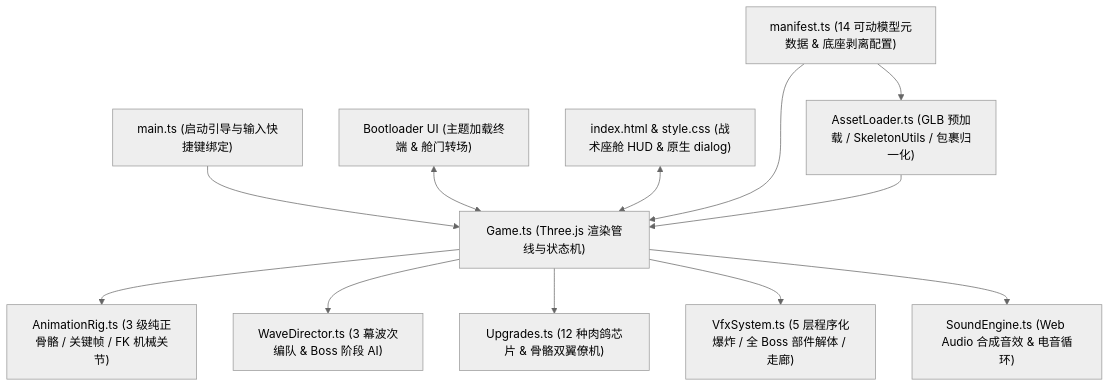
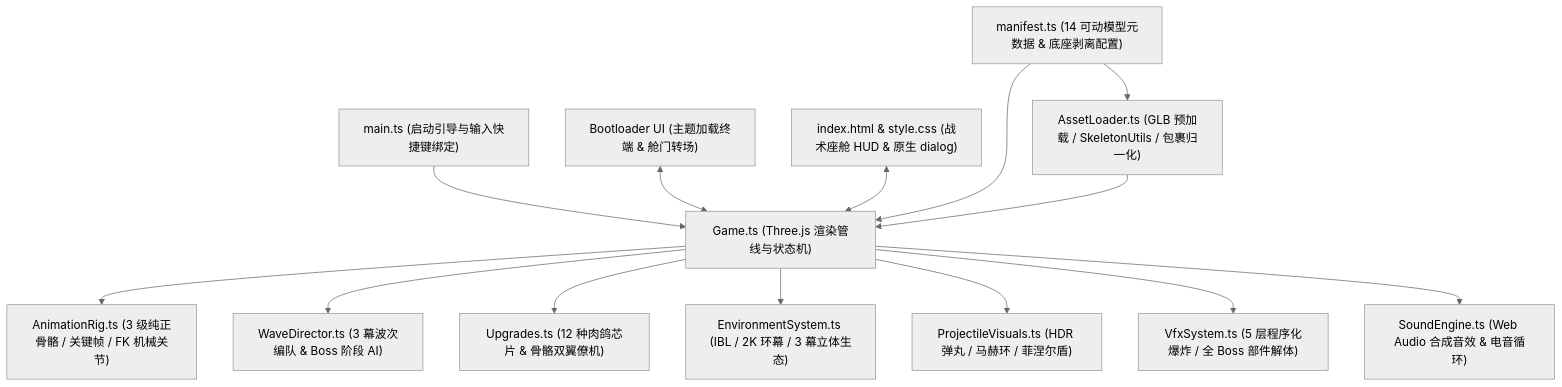
One commit to yuanyang749/starforge-3d changed the diagram in PLAN.md. Above: the diagram before and after it, drawn with Mermaid (neutral theme). The commit also changed other lines of this file and 13 other files, not shown here.

Commit message:
feat: v2.0 sky vistas, 3D act biomes, HDR bloom & custom projectile shaders

````diff
--- a/PLAN.md
+++ b/PLAN.md
@@ -33,14 +32,16 @@
 ```mermaid
 flowchart TD
     Entry["main.ts (启动引导与输入快捷键绑定)"] --> Game["Game.ts (Three.js 渲染管线与状态机)"]
     Boot["Bootloader UI (主题加载终端 & 舱门转场)"] <--> Game
     UI["index.html & style.css (战术座舱 HUD & 原生 dialog)"] <--> Game
     Manifest["manifest.ts (14 可动模型元数据 & 底座剥离配置)"] --> Loader["AssetLoader.ts (GLB 预加载 / SkeletonUtils / 包裹归一化)"]
     Manifest --> Game
     Loader --> Game
     Game --> Rig["AnimationRig.ts (3 级纯正骨骼 / 关键帧 / FK 机械关节)"]
     Game --> Director["WaveDirector.ts (3 幕波次编队 & Boss 阶段 AI)"]
     Game --> Upgrades["Upgrades.ts (12 种肉鸽芯片 & 骨骼双翼僚机)"]
-    Game --> VFX["VfxSystem.ts (5 层程序化爆炸 / 全 Boss 部件解体 / 走廊)"]
+    Game --> Env["EnvironmentSystem.ts (IBL / 2K 环幕 / 3 幕立体生态)"]
+    Game --> ProjVFX["ProjectileVisuals.ts (HDR 弹丸 / 马赫环 / 菲涅尔盾)"]
+    Game --> VFX["VfxSystem.ts (5 层程序化爆炸 / 全 Boss 部件解体)"]
     Game --> Audio["SoundEngine.ts (Web Audio 合成音效 & 电音循环)"]
 ```
````
